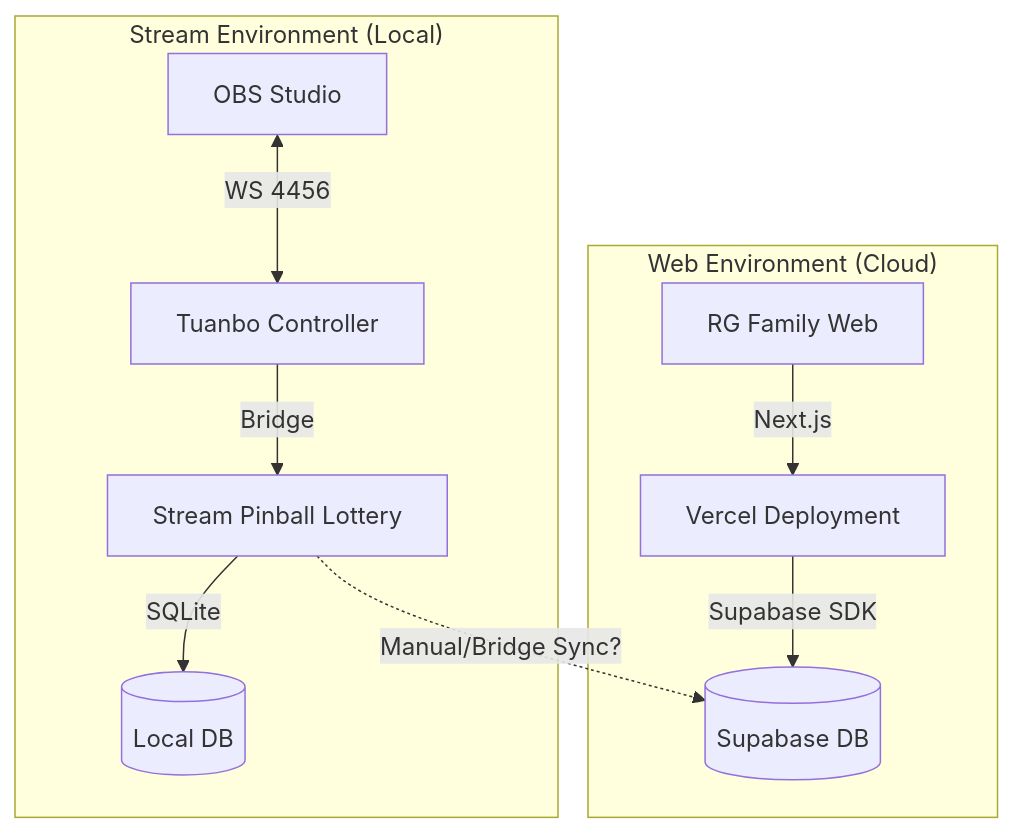
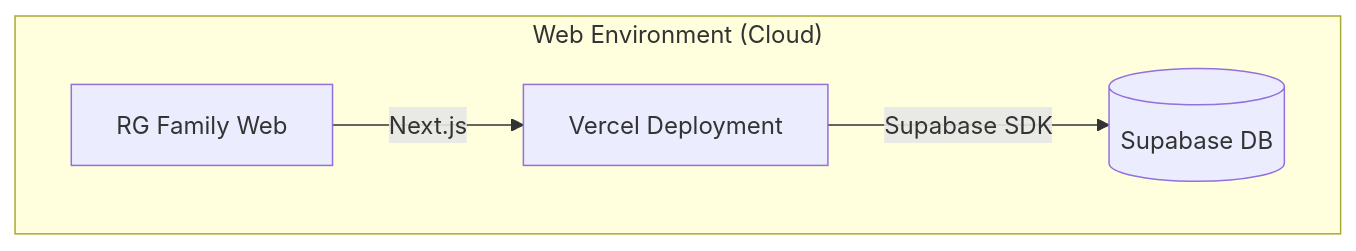
One commit to mupozg823/rg-family-deploy changed the diagram in docs/ARCHITECTURE_ANALYSIS_REPORT.md. Above: the diagram before and after it, drawn with Mermaid. The commit also changed other lines of this file and 144 other files, not shown here.

First line of the commit message:
refactor: Major architecture improvements and component reorganization

````diff
--- a/docs/ARCHITECTURE_ANALYSIS_REPORT.md
+++ b/docs/ARCHITECTURE_ANALYSIS_REPORT.md
@@ -191,16 +187,7 @@
 ```mermaid
 graph TD
-    subgraph "Stream Environment (Local)"
-        Game[Stream Pinball Lottery] -->|SQLite| LocalDB[(Local DB)]
-        Controller[Tuanbo Controller] -->|Bridge| Game
-        OBS[OBS Studio] <-->|WS 4456| Controller
-    end
-
     subgraph "Web Environment (Cloud)"
         Dashboard[RG Family Web] -->|Next.js| Vercel[Vercel Deployment]
         Vercel -->|Supabase SDK| CloudDB[(Supabase DB)]
     end
-
-    %% 연결 고리 (논리적 연동)
-    Game -.->|Manual/Bridge Sync?| CloudDB
 ```
````
